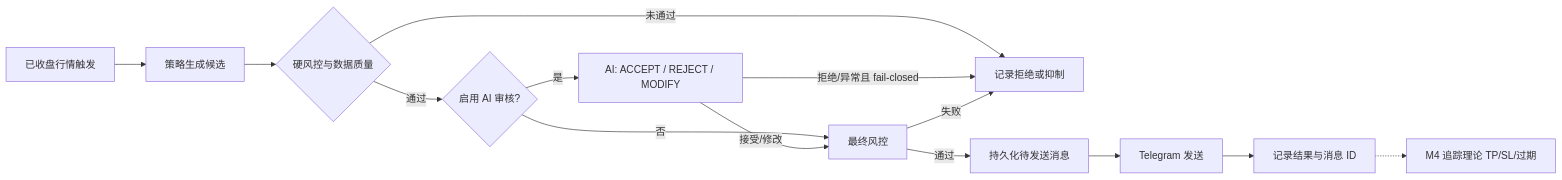
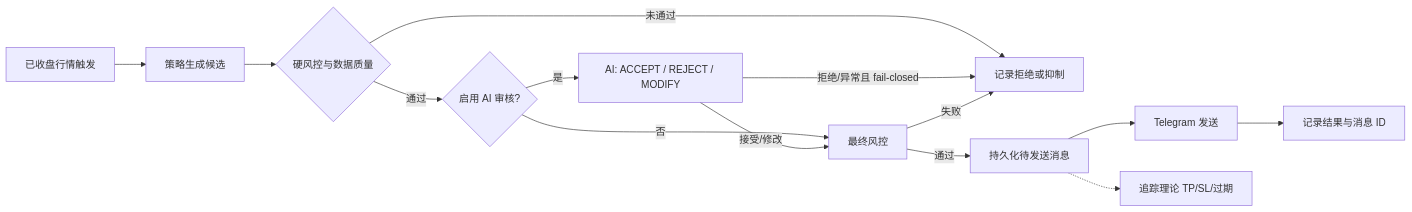
One commit to haoo04/fomobot changed the diagram in 01-产品需求规格-PRD.md. Above: the diagram before and after it, drawn with Mermaid. The commit also changed other lines of this file and 26 other files, not shown here.

````diff
--- a/01-产品需求规格-PRD.md
+++ b/01-产品需求规格-PRD.md
@@ -199,16 +199,16 @@
 ```mermaid
 flowchart LR
   A[已收盘行情触发] --> B[策略生成候选]
   B --> C{硬风控与数据质量}
   C -->|未通过| X[记录拒绝或抑制]
   C -->|通过| D{启用 AI 审核?}
   D -->|否| F[最终风控]
   D -->|是| E[AI: ACCEPT / REJECT / MODIFY]
   E -->|拒绝/异常且 fail-closed| X
   E -->|接受/修改| F
   F -->|通过| G[持久化待发送消息]
   F -->|失败| X
   G --> H[Telegram 发送]
   H --> I[记录结果与消息 ID]
-  I -.-> J[M4 追踪理论 TP/SL/过期]
+  G -.-> J[追踪理论 TP/SL/过期]
 ```
````
